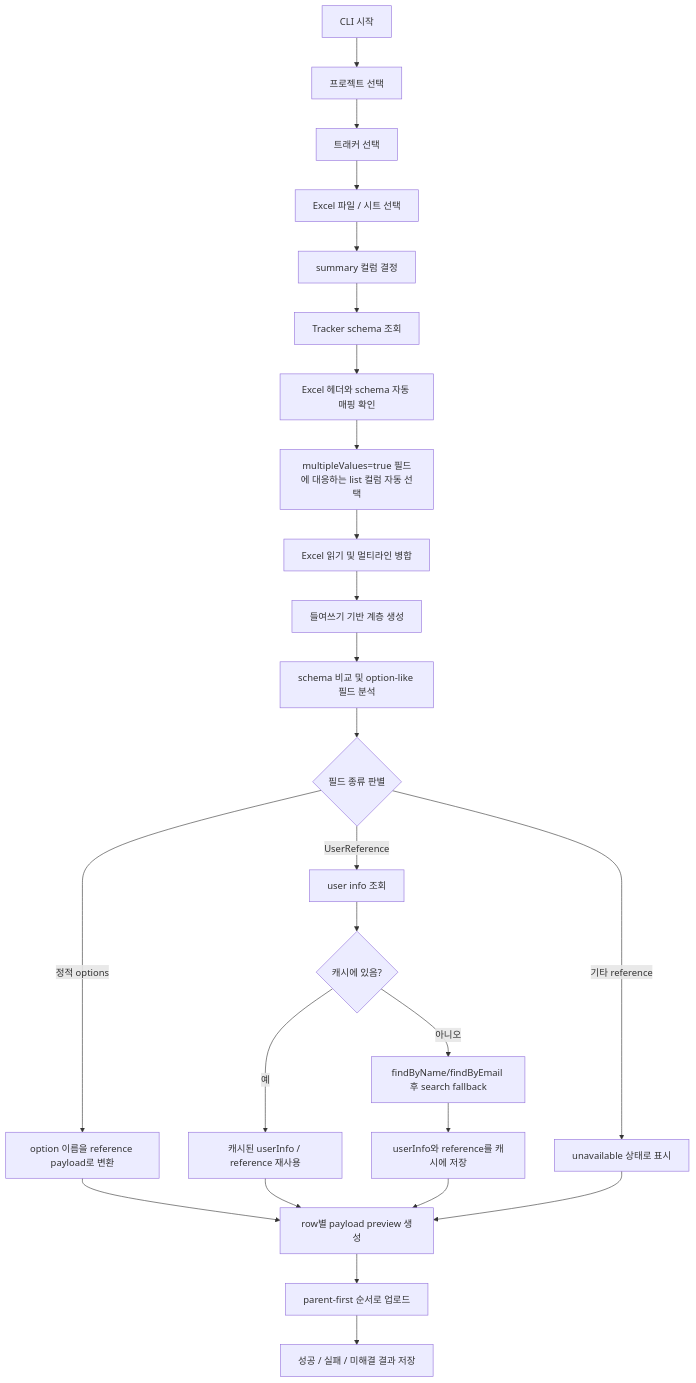
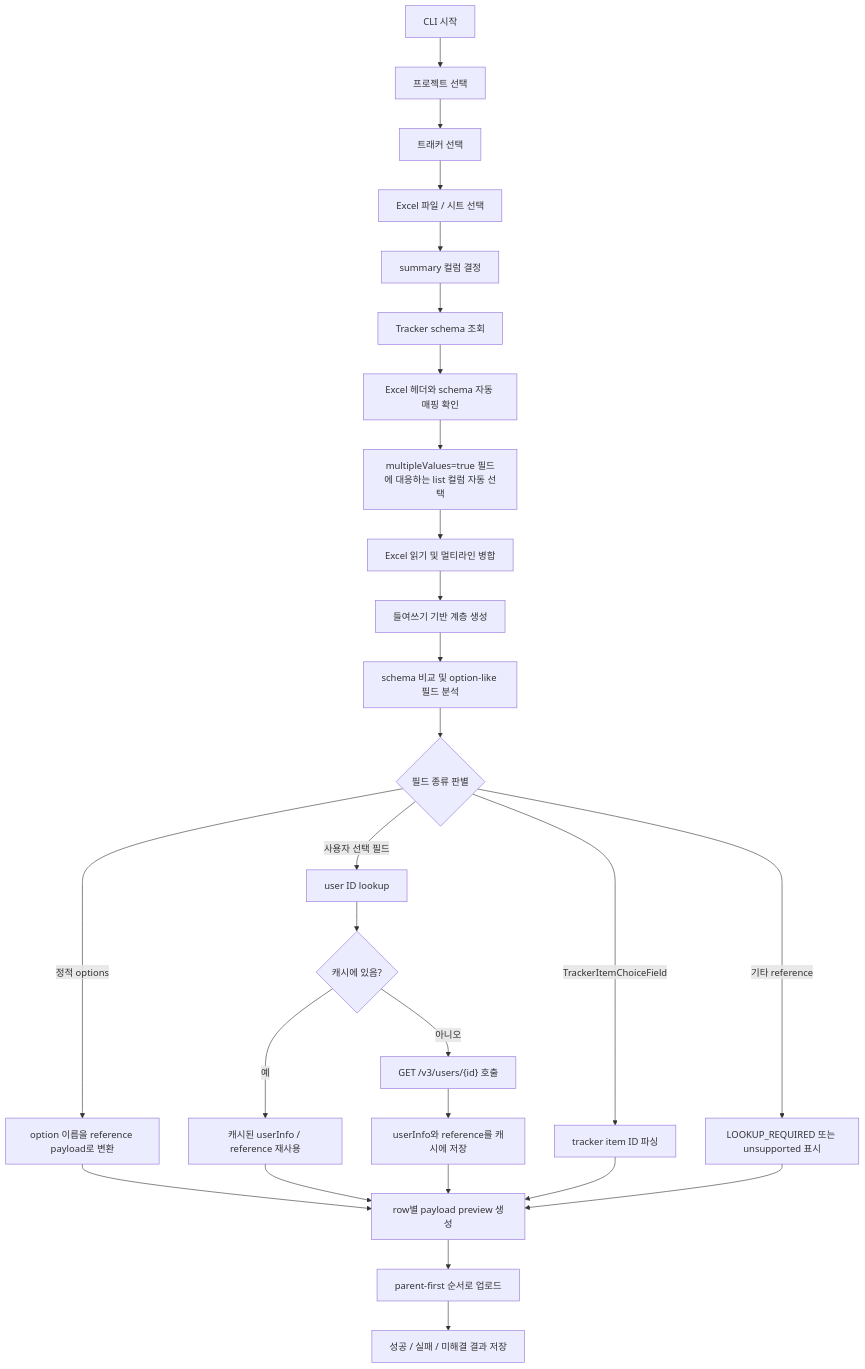
One commit to H-Wol/codebeamer-automation-suite changed the diagram in docs/architecture.md. Above: the diagram before and after it, drawn with Mermaid. The commit also changed other lines of this file and 4 other files, not shown here.

````diff
--- a/docs/architecture.md
+++ b/docs/architecture.md
@@ -114,27 +114,29 @@
 ```mermaid
 flowchart TD
     A["CLI 시작"] --> B["프로젝트 선택"]
     B --> C["트래커 선택"]
     C --> D["Excel 파일 / 시트 선택"]
     D --> E["summary 컬럼 결정"]
     E --> F["Tracker schema 조회"]
     F --> G["Excel 헤더와 schema 자동 매핑 확인"]
     G --> H["multipleValues=true 필드에 대응하는 list 컬럼 자동 선택"]
     H --> I["Excel 읽기 및 멀티라인 병합"]
     I --> J["들여쓰기 기반 계층 생성"]
     J --> K["schema 비교 및 option-like 필드 분석"]
     K --> L{"필드 종류 판별"}
     L -->|정적 options| M["option 이름을 reference payload로 변환"]
-    L -->|UserReference| N["user info 조회"]
+    L -->|사용자 선택 필드| N["user ID lookup"]
     N --> O{"캐시에 있음?"}
     O -->|예| P["캐시된 userInfo / reference 재사용"]
-    O -->|아니오| Q["findByName/findByEmail 후 search fallback"]
+    O -->|아니오| Q["GET /v3/users/{id} 호출"]
     Q --> R["userInfo와 reference를 캐시에 저장"]
-    L -->|기타 reference| S["unavailable 상태로 표시"]
+    L -->|TrackerItemChoiceField| S["tracker item ID 파싱"]
+    L -->|기타 reference| X["LOOKUP_REQUIRED 또는 unsupported 표시"]
     M --> T["row별 payload preview 생성"]
     P --> T
     R --> T
     S --> T
+    X --> T
     T --> U["parent-first 순서로 업로드"]
     U --> V["성공 / 실패 / 미해결 결과 저장"]
 ```
````
